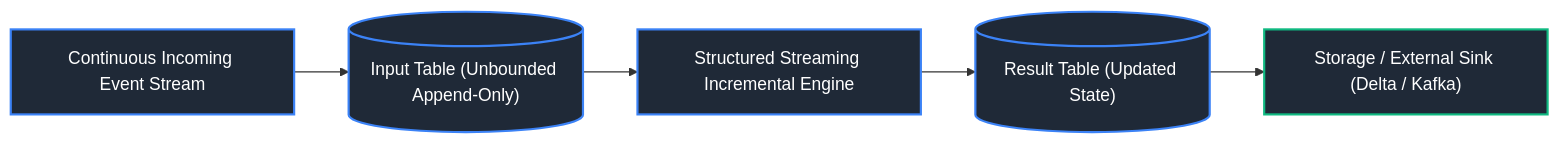
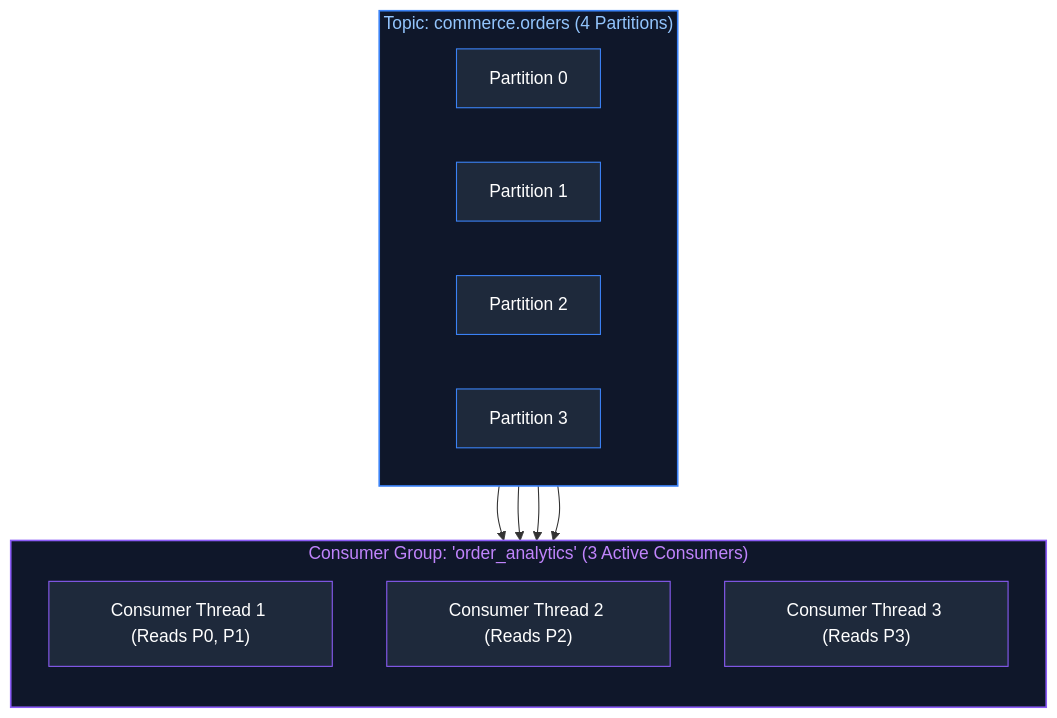
Diagram 11 of 14 in Data Engineering/11_streaming_and_kafka_event_streaming.md (joydeep-biswas/Interview-Preparation), drawn with Mermaid before and after one commit. The commit also changed other lines of this file and 143 other files, not shown here.

````diff
--- a/Data Engineering/11_streaming_and_kafka_event_streaming.md
+++ b/Data Engineering/11_streaming_and_kafka_event_streaming.md
@@ -714,13 +558,32 @@
 ```mermaid
-flowchart LR
-    Stream["Continuous Incoming Event Stream"] --> InTable[("Input Table (Unbounded Append-Only)")]
-    InTable --> Engine["Structured Streaming Incremental Engine"]
-    Engine --> ResultTable[("Result Table (Updated State)")]
-    ResultTable --> OutputSink["Storage / External Sink (Delta / Kafka)"]
+flowchart TD
+    subgraph TopicPartitions ["Topic: commerce.orders (4 Partitions)"]
+        direction LR
+        TP0["Partition 0"]
+        TP1["Partition 1"]
+        TP2["Partition 2"]
+        TP3["Partition 3"]
+    end
 
-    style Stream fill:#1f2937,stroke:#3b82f6,stroke-width:2px,color:#fff
-    style InTable fill:#1f2937,stroke:#3b82f6,stroke-width:2px,color:#fff
-    style Engine fill:#1f2937,stroke:#3b82f6,stroke-width:2px,color:#fff
-    style ResultTable fill:#1f2937,stroke:#3b82f6,stroke-width:2px,color:#fff
-    style OutputSink fill:#1f2937,stroke:#10b981,stroke-width:2px,color:#fff
+    subgraph ConsumerGroup ["Consumer Group: 'order_analytics' (3 Active Consumers)"]
+        direction TB
+        C1["Consumer Thread 1 (Reads P0, P1)"]
+        C2["Consumer Thread 2 (Reads P2)"]
+        C3["Consumer Thread 3 (Reads P3)"]
+    end
+
+    TP0 --> C1
+    TP1 --> C1
+    TP2 --> C2
+    TP3 --> C3
+
+    style TopicPartitions fill:#0f172a,stroke:#3b82f6,stroke-width:1.5px,color:#93c5fd
+    style ConsumerGroup fill:#0f172a,stroke:#8b5cf6,stroke-width:1.5px,color:#c084fc
+    style TP0 fill:#1e293b,stroke:#3b82f6,stroke-width:1px,color:#fff
+    style TP1 fill:#1e293b,stroke:#3b82f6,stroke-width:1px,color:#fff
+    style TP2 fill:#1e293b,stroke:#3b82f6,stroke-width:1px,color:#fff
+    style TP3 fill:#1e293b,stroke:#3b82f6,stroke-width:1px,color:#fff
+    style C1 fill:#1e293b,stroke:#8b5cf6,stroke-width:1px,color:#fff
+    style C2 fill:#1e293b,stroke:#8b5cf6,stroke-width:1px,color:#fff
+    style C3 fill:#1e293b,stroke:#8b5cf6,stroke-width:1px,color:#fff
 ```
````
